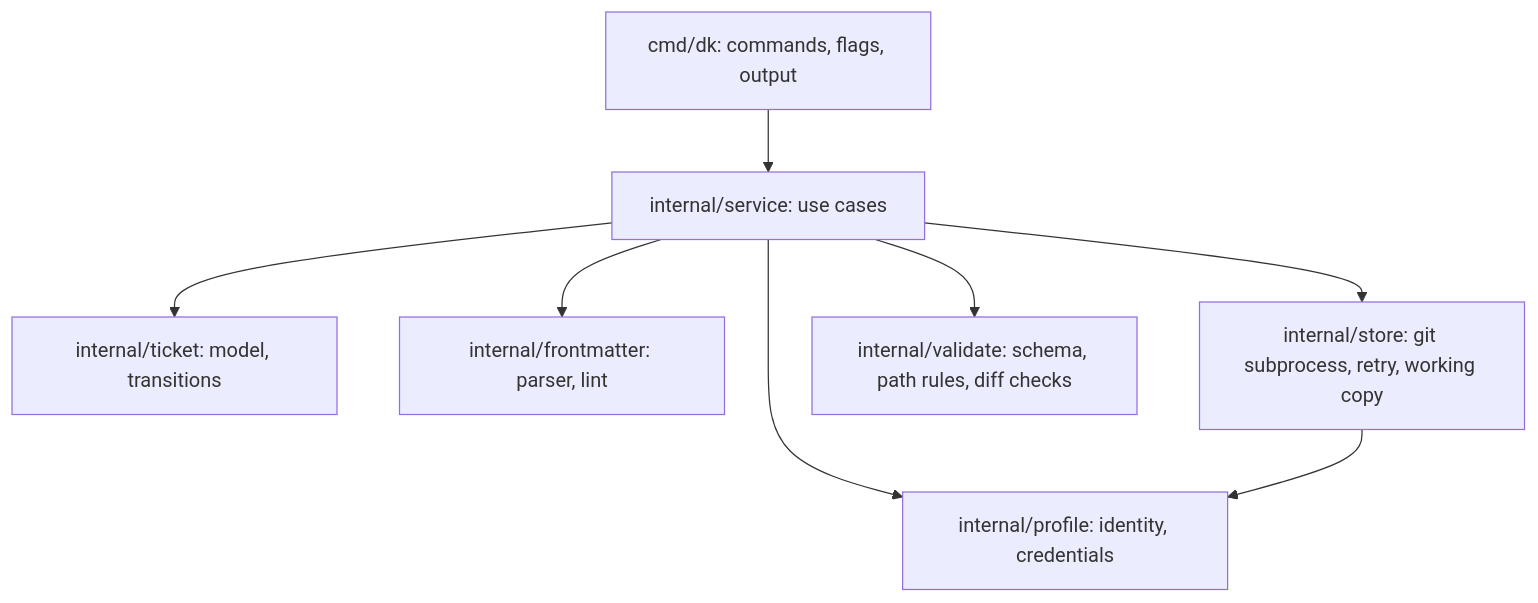
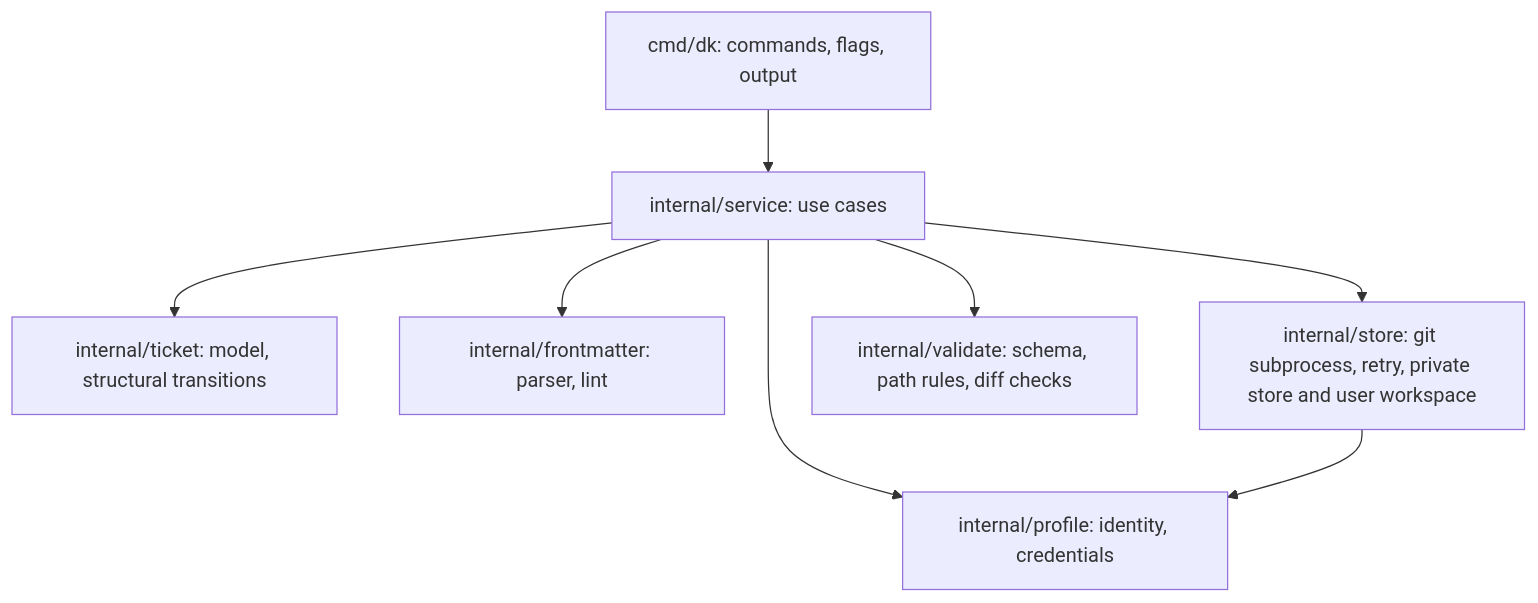
The second of 4 diagrams in docs/architecture.md (HenrikPuls/dricket), drawn with Mermaid before and after one commit. The commit also changed other lines of this file and 34 other files, not shown here.

````diff
--- a/docs/architecture.md
+++ b/docs/architecture.md
@@ -63,10 +61,10 @@
 ```mermaid
 flowchart TB
   CLI[cmd/dk: commands, flags, output] --> Svc[internal/service: use cases]
-  Svc --> Model[internal/ticket: model, transitions]
+  Svc --> Model[internal/ticket: model, structural transitions]
   Svc --> FM[internal/frontmatter: parser, lint]
-  Svc --> Store[internal/store: git subprocess, retry, working copy]
+  Svc --> Store[internal/store: git subprocess, retry, private store and user workspace]
   Svc --> Val[internal/validate: schema, path rules, diff checks]
   Svc --> Prof[internal/profile: identity, credentials]
   Store --> Prof
 ```
````
